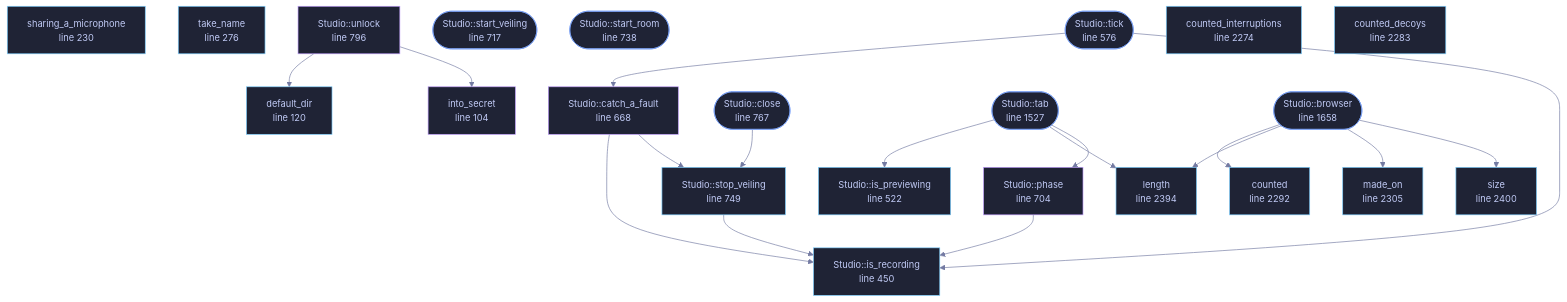
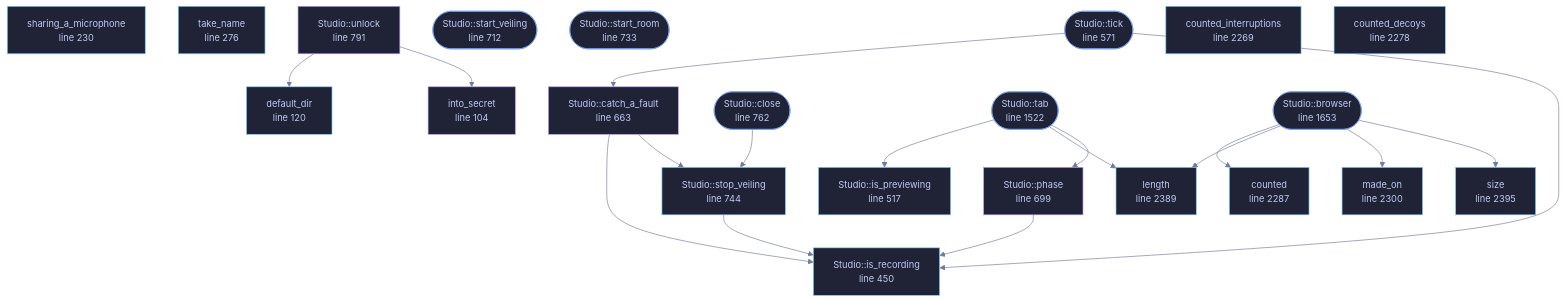
The diagram in docs/files/veilvoice-gui/studio.md (tilas01/veilvoice), drawn with Mermaid before and after one commit. The commit also changed other lines of this file and 59 other files, not shown here.

````diff
--- a/docs/files/veilvoice-gui/studio.md
+++ b/docs/files/veilvoice-gui/studio.md
@@ -189,70 +188,70 @@
 ```mermaid
 %%{init: {"theme":"base","themeVariables":{"background":"#1a1b26","primaryColor":"#1f2335","primaryTextColor":"#c0caf5","primaryBorderColor":"#7aa2f7","secondaryColor":"#16161e","tertiaryColor":"#16161e","lineColor":"#737aa2","textColor":"#c0caf5","mainBkg":"#1f2335","nodeBorder":"#7aa2f7","clusterBkg":"#16161e","clusterBorder":"#2f3549","fontFamily":"ui-monospace, SFMono-Regular, Consolas, monospace","fontSize":"14px"}}}%%
 flowchart TD
     n_into_secret["into_secret<br/>line 104"]
     n_default_dir["default_dir<br/>line 120"]
     n_sharing_a_microphone["sharing_a_microphone<br/>line 230"]
     n_take_name["take_name<br/>line 276"]
     n_is_recording["Studio::is_recording<br/>line 450"]
-    n_is_previewing["Studio::is_previewing<br/>line 522"]
-    n_tick(["Studio::tick<br/>line 576"])
-    n_catch_a_fault["Studio::catch_a_fault<br/>line 668"]
-    n_phase["Studio::phase<br/>line 704"]
-    n_start_veiling(["Studio::start_veiling<br/>line 717"])
-    n_start_room(["Studio::start_room<br/>line 738"])
-    n_stop_veiling["Studio::stop_veiling<br/>line 749"]
-    n_close(["Studio::close<br/>line 767"])
-    n_unlock["Studio::unlock<br/>line 796"]
-    n_tab(["Studio::tab<br/>line 1527"])
-    n_browser(["Studio::browser<br/>line 1658"])
-    n_counted_interruptions["counted_interruptions<br/>line 2274"]
-    n_counted_decoys["counted_decoys<br/>line 2283"]
-    n_counted["counted<br/>line 2292"]
-    n_made_on["made_on<br/>line 2305"]
-    n_length["length<br/>line 2394"]
-    n_size["size<br/>line 2400"]
+    n_is_previewing["Studio::is_previewing<br/>line 517"]
+    n_tick(["Studio::tick<br/>line 571"])
+    n_catch_a_fault["Studio::catch_a_fault<br/>line 663"]
+    n_phase["Studio::phase<br/>line 699"]
+    n_start_veiling(["Studio::start_veiling<br/>line 712"])
+    n_start_room(["Studio::start_room<br/>line 733"])
+    n_stop_veiling["Studio::stop_veiling<br/>line 744"]
+    n_close(["Studio::close<br/>line 762"])
+    n_unlock["Studio::unlock<br/>line 791"]
+    n_tab(["Studio::tab<br/>line 1522"])
+    n_browser(["Studio::browser<br/>line 1653"])
+    n_counted_interruptions["counted_interruptions<br/>line 2269"]
+    n_counted_decoys["counted_decoys<br/>line 2278"]
+    n_counted["counted<br/>line 2287"]
+    n_made_on["made_on<br/>line 2300"]
+    n_length["length<br/>line 2389"]
+    n_size["size<br/>line 2395"]
     n_browser --> n_counted
     n_browser --> n_length
     n_browser --> n_made_on
     n_browser --> n_size
     n_catch_a_fault --> n_is_recording
     n_catch_a_fault --> n_stop_veiling
     n_close --> n_stop_veiling
     n_phase --> n_is_recording
     n_stop_veiling --> n_is_recording
     n_tab --> n_is_previewing
     n_tab --> n_length
     n_tab --> n_phase
     n_tick --> n_catch_a_fault
     n_tick --> n_is_recording
     n_unlock --> n_default_dir
     n_unlock --> n_into_secret
     click n_into_secret href "https://github.com/tilas01/veilvoice/blob/main/crates/veilvoice-gui/src/studio.rs#L104" "open the source"
     click n_default_dir href "https://github.com/tilas01/veilvoice/blob/main/crates/veilvoice-gui/src/studio.rs#L120" "open the source"
     click n_sharing_a_microphone href "https://github.com/tilas01/veilvoice/blob/main/crates/veilvoice-gui/src/studio.rs#L230" "open the source"
     click n_take_name href "https://github.com/tilas01/veilvoice/blob/main/crates/veilvoice-gui/src/studio.rs#L276" "open the source"
     click n_is_recording href "https://github.com/tilas01/veilvoice/blob/main/crates/veilvoice-gui/src/studio.rs#L450" "open the source"
-    click n_is_previewing href "https://github.com/tilas01/veilvoice/blob/main/crates/veilvoice-gui/src/studio.rs#L522" "open the source"
-    click n_tick href "https://github.com/tilas01/veilvoice/blob/main/crates/veilvoice-gui/src/studio.rs#L576" "open the source"
-    click n_catch_a_fault href "https://github.com/tilas01/veilvoice/blob/main/crates/veilvoice-gui/src/studio.rs#L668" "open the source"
-    click n_phase href "https://github.com/tilas01/veilvoice/blob/main/crates/veilvoice-gui/src/studio.rs#L704" "open the source"
-    click n_start_veiling href "https://github.com/tilas01/veilvoice/blob/main/crates/veilvoice-gui/src/studio.rs#L717" "open the source"
-    click n_start_room href "https://github.com/tilas01/veilvoice/blob/main/crates/veilvoice-gui/src/studio.rs#L738" "open the source"
-    click n_stop_veiling href "https://github.com/tilas01/veilvoice/blob/main/crates/veilvoice-gui/src/studio.rs#L749" "open the source"
-    click n_close href "https://github.com/tilas01/veilvoice/blob/main/crates/veilvoice-gui/src/studio.rs#L767" "open the source"
-    click n_unlock href "https://github.com/tilas01/veilvoice/blob/main/crates/veilvoice-gui/src/studio.rs#L796" "open the source"
-    click n_tab href "https://github.com/tilas01/veilvoice/blob/main/crates/veilvoice-gui/src/studio.rs#L1527" "open the source"
-    click n_browser href "https://github.com/tilas01/veilvoice/blob/main/crates/veilvoice-gui/src/studio.rs#L1658" "open the source"
-    click n_counted_interruptions href "https://github.com/tilas01/veilvoice/blob/main/crates/veilvoice-gui/src/studio.rs#L2274" "open the source"
-    click n_counted_decoys href "https://github.com/tilas01/veilvoice/blob/main/crates/veilvoice-gui/src/studio.rs#L2283" "open the source"
-    click n_counted href "https://github.com/tilas01/veilvoice/blob/main/crates/veilvoice-gui/src/studio.rs#L2292" "open the source"
-    click n_made_on href "https://github.com/tilas01/veilvoice/blob/main/crates/veilvoice-gui/src/studio.rs#L2305" "open the source"
-    click n_length href "https://github.com/tilas01/veilvoice/blob/main/crates/veilvoice-gui/src/studio.rs#L2394" "open the source"
-    click n_size href "https://github.com/tilas01/veilvoice/blob/main/crates/veilvoice-gui/src/studio.rs#L2400" "open the source"
+    click n_is_previewing href "https://github.com/tilas01/veilvoice/blob/main/crates/veilvoice-gui/src/studio.rs#L517" "open the source"
+    click n_tick href "https://github.com/tilas01/veilvoice/blob/main/crates/veilvoice-gui/src/studio.rs#L571" "open the source"
+    click n_catch_a_fault href "https://github.com/tilas01/veilvoice/blob/main/crates/veilvoice-gui/src/studio.rs#L663" "open the source"
+    click n_phase href "https://github.com/tilas01/veilvoice/blob/main/crates/veilvoice-gui/src/studio.rs#L699" "open the source"
+    click n_start_veiling href "https://github.com/tilas01/veilvoice/blob/main/crates/veilvoice-gui/src/studio.rs#L712" "open the source"
+    click n_start_room href "https://github.com/tilas01/veilvoice/blob/main/crates/veilvoice-gui/src/studio.rs#L733" "open the source"
+    click n_stop_veiling href "https://github.com/tilas01/veilvoice/blob/main/crates/veilvoice-gui/src/studio.rs#L744" "open the source"
+    click n_close href "https://github.com/tilas01/veilvoice/blob/main/crates/veilvoice-gui/src/studio.rs#L762" "open the source"
+    click n_unlock href "https://github.com/tilas01/veilvoice/blob/main/crates/veilvoice-gui/src/studio.rs#L791" "open the source"
+    click n_tab href "https://github.com/tilas01/veilvoice/blob/main/crates/veilvoice-gui/src/studio.rs#L1522" "open the source"
+    click n_browser href "https://github.com/tilas01/veilvoice/blob/main/crates/veilvoice-gui/src/studio.rs#L1653" "open the source"
+    click n_counted_interruptions href "https://github.com/tilas01/veilvoice/blob/main/crates/veilvoice-gui/src/studio.rs#L2269" "open the source"
+    click n_counted_decoys href "https://github.com/tilas01/veilvoice/blob/main/crates/veilvoice-gui/src/studio.rs#L2278" "open the source"
+    click n_counted href "https://github.com/tilas01/veilvoice/blob/main/crates/veilvoice-gui/src/studio.rs#L2287" "open the source"
+    click n_made_on href "https://github.com/tilas01/veilvoice/blob/main/crates/veilvoice-gui/src/studio.rs#L2300" "open the source"
+    click n_length href "https://github.com/tilas01/veilvoice/blob/main/crates/veilvoice-gui/src/studio.rs#L2389" "open the source"
+    click n_size href "https://github.com/tilas01/veilvoice/blob/main/crates/veilvoice-gui/src/studio.rs#L2395" "open the source"
     classDef entry fill:#1f2335,stroke:#7aa2f7,color:#c0caf5
     class n_tick,n_start_veiling,n_start_room,n_close,n_tab,n_browser entry
     classDef api fill:#1f2335,stroke:#7dcfff,color:#c0caf5
     class n_default_dir,n_sharing_a_microphone,n_take_name,n_is_recording,n_is_previewing,n_stop_veiling,n_counted_interruptions,n_counted_decoys,n_counted,n_made_on,n_length,n_size api
     classDef helper fill:#1f2335,stroke:#bb9af7,color:#c0caf5
     class n_into_secret,n_catch_a_fault,n_phase,n_unlock helper
 ```
````
